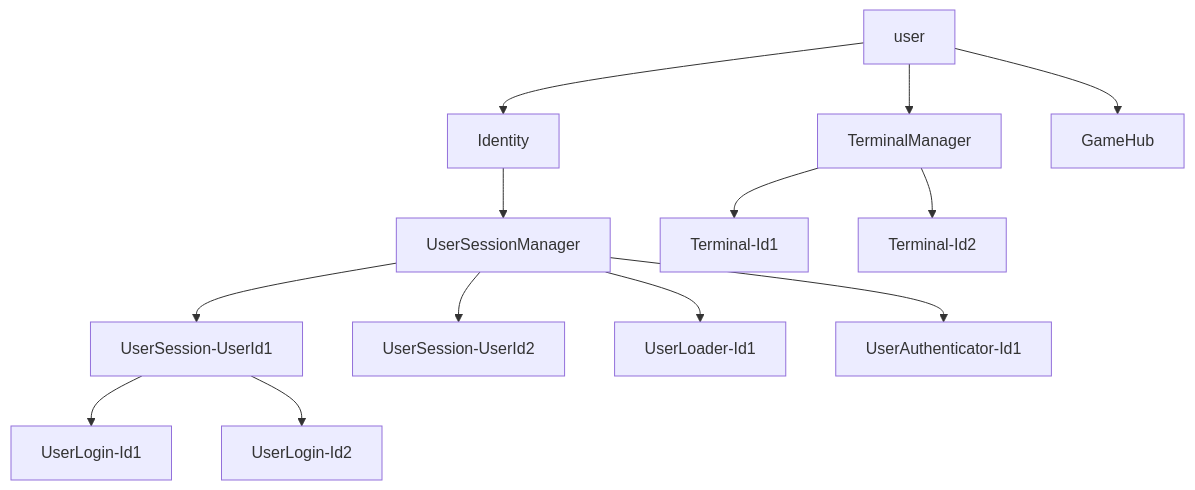
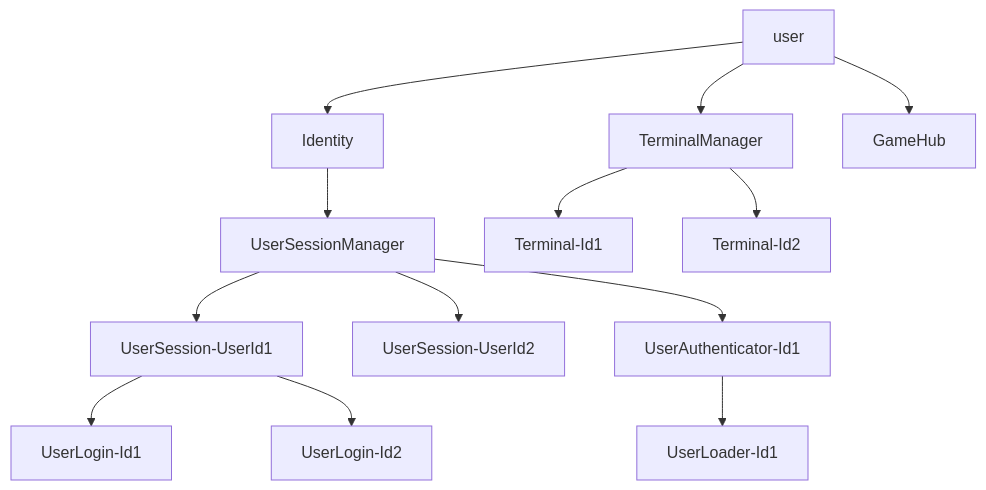
One commit to flensrocker/Actor.GameHub changed the diagram in ReadMe.md. Above: the diagram before and after it, drawn with Mermaid. The commit also changed other lines of this file and 18 other files, not shown here.

````diff
--- a/ReadMe.md
+++ b/ReadMe.md
@@ -5,17 +3,17 @@
 ```mermaid
 graph TD
   user --> Identity
   Identity --> UserSessionManager
   UserSessionManager --> UserSession-UserId1
   UserSessionManager --> UserSession-UserId2
-  UserSessionManager --> UserLoader-Id1
   UserSessionManager --> UserAuthenticator-Id1
+  UserAuthenticator-Id1 --> UserLoader-Id1
   UserSession-UserId1 --> UserLogin-Id1
   UserSession-UserId1 --> UserLogin-Id2
 
   user --> TerminalManager
   TerminalManager --> Terminal-Id1
   TerminalManager --> Terminal-Id2
 
   user --> GameHub
 ```
````
